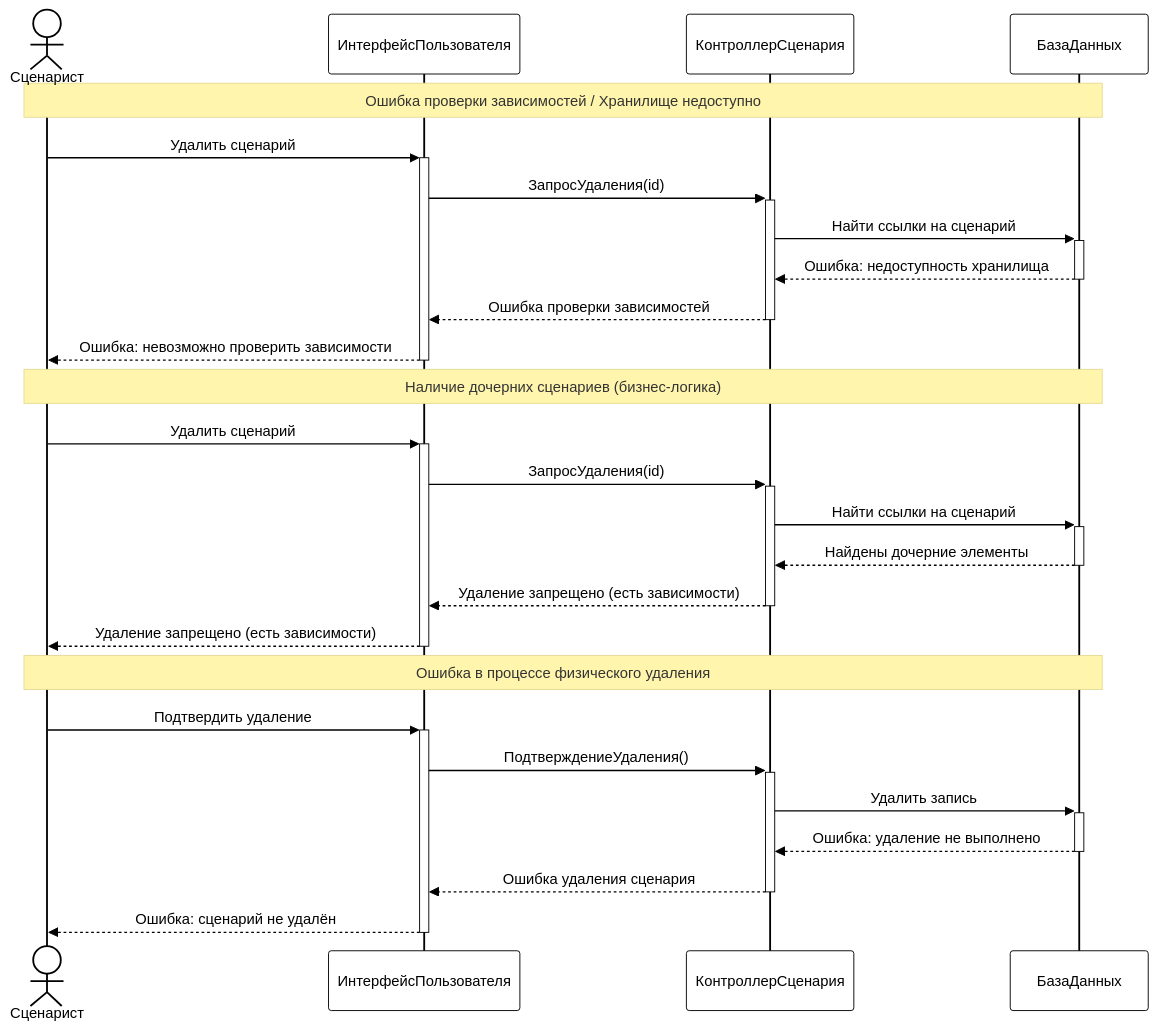
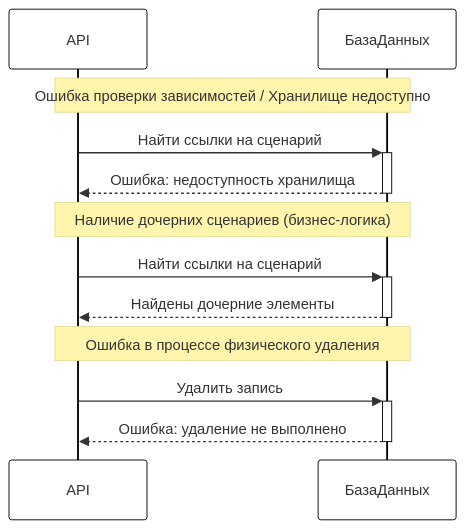
One commit to CHSU-scenarAIst/diagrammy changed the sixth of 6 diagrams in Пакет Обработка эмбеддингов/Диаграмма последовательностей взаимодействия объектов классов.md. Above: the diagram before and after it, drawn with Mermaid. The commit also changed other lines of this file and 8 other files, not shown here.

````diff
--- a/Пакет Обработка эмбеддингов/Диаграмма последовательностей взаимодействия объектов классов.md
+++ b/Пакет Обработка эмбеддингов/Диаграмма последовательностей взаимодействия объектов классов.md
@@ -279,50 +141,26 @@
 ```mermaid
 %%{init: {
   'theme': 'base',
   'themeVariables': {
     'primaryColor': '#fff',
     'primaryBorderColor': '#000',
-    'lineColor': '#000',
-    'tertiaryColor': '#fff',
-    'edgeColor': '#000',
-    'fontFamily': 'arial',
     'fontSize': '16px',
-    'signalColor': '#000',
-    'signalTextColor': '#000',
-    'actorTextColor': '#000',
-    'actorLineColor': '#000',
-    'labelTextColor': '#000',
-    'activationBorderColor': '#000',
-    'activationBackgroundColor': '#000'
+    'activationBorderColor': '#000'
   }
 }}%%
 sequenceDiagram
-    actor User as Сценарист
-    participant UI as ИнтерфейсПользователя
-    participant Controller as КонтроллерСценария
+    participant Controller as API
     participant Storage as БазаДанных
 
-    Note over User,Storage: Ошибка проверки зависимостей / Хранилище недоступно
-    User->>+UI: Удалить сценарий
-    UI->>+Controller: ЗапросУдаления(id)
+    Note over Controller,Storage: Ошибка проверки зависимостей / Хранилище недоступно
     Controller->>+Storage: Найти ссылки на сценарий
     Storage-->>-Controller: Ошибка: недоступность хранилища
-    Controller-->>-UI: Ошибка проверки зависимостей
-    UI-->>-User: Ошибка: невозможно проверить зависимости
 
-    Note over User,Storage: Наличие дочерних сценариев (бизнес-логика)
-    User->>+UI: Удалить сценарий
-    UI->>+Controller: ЗапросУдаления(id)
+    Note over Controller,Storage: Наличие дочерних сценариев (бизнес-логика)
     Controller->>+Storage: Найти ссылки на сценарий
     Storage-->>-Controller: Найдены дочерние элементы
-    Controller-->>-UI: Удаление запрещено (есть зависимости)
-    UI-->>-User: Удаление запрещено (есть зависимости)
 
-    Note over User,Storage: Ошибка в процессе физического удаления
-    User->>+UI: Подтвердить удаление
-    UI->>+Controller: ПодтверждениеУдаления()
+    Note over Controller,Storage: Ошибка в процессе физического удаления
     Controller->>+Storage: Удалить запись
     Storage-->>-Controller: Ошибка: удаление не выполнено
-    Controller-->>-UI: Ошибка удаления сценария
-    UI-->>-User: Ошибка: сценарий не удалён
 ```
````
